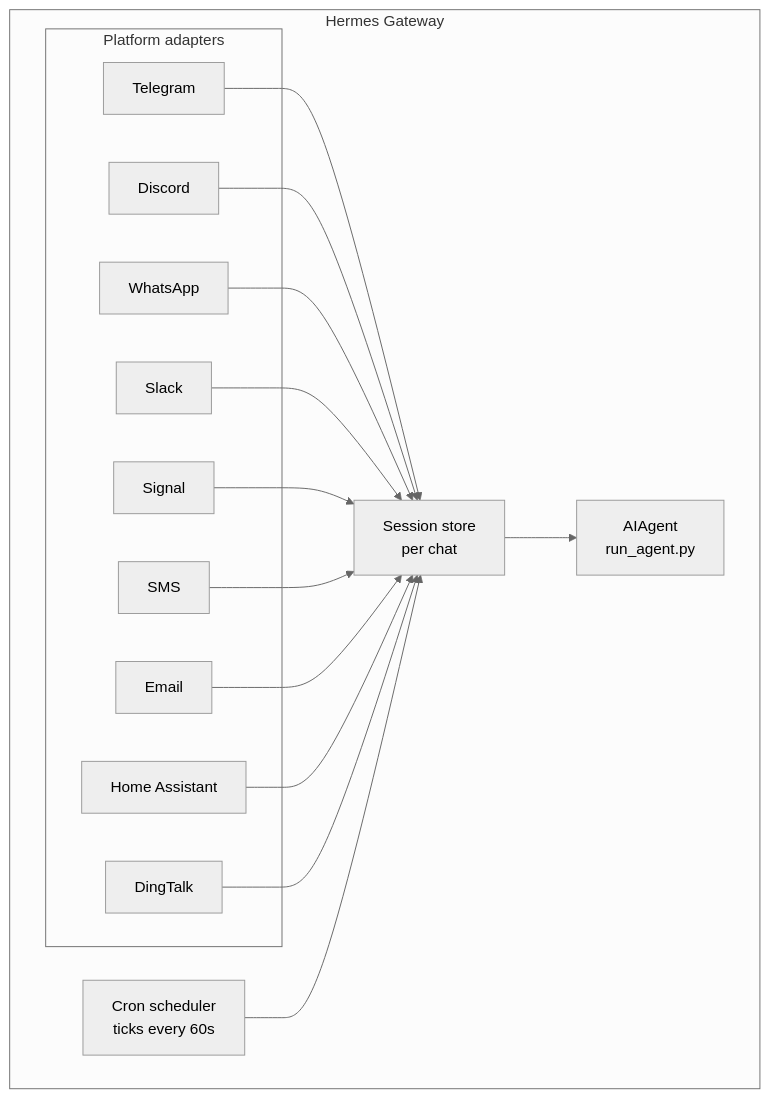
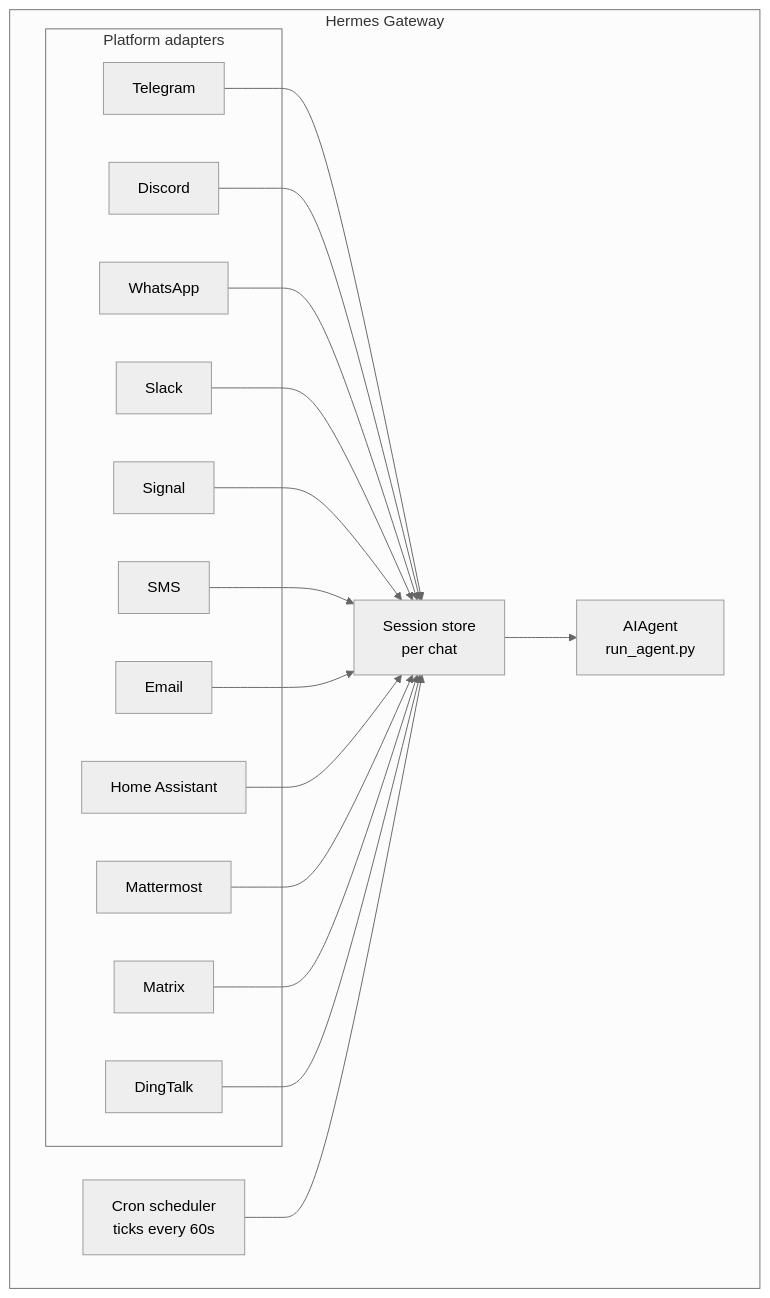
The diagram in website/docs/user-guide/messaging/index.md (NousResearch/hermes-agent), drawn with Mermaid (neutral theme) before and after one commit. The commit also changed other lines of this file and 8 other files, not shown here.

````diff
--- a/website/docs/user-guide/messaging/index.md
+++ b/website/docs/user-guide/messaging/index.md
@@ -15,32 +15,36 @@
 ```mermaid
 flowchart TB
     subgraph Gateway["Hermes Gateway"]
         subgraph Adapters["Platform adapters"]
             tg[Telegram]
             dc[Discord]
             wa[WhatsApp]
             sl[Slack]
             sig[Signal]
             sms[SMS]
             em[Email]
             ha[Home Assistant]
+            mm[Mattermost]
+            mx[Matrix]
             dt[DingTalk]
         end
 
         store["Session store<br/>per chat"]
         agent["AIAgent<br/>run_agent.py"]
         cron["Cron scheduler<br/>ticks every 60s"]
     end
 
     tg --> store
     dc --> store
     wa --> store
     sl --> store
     sig --> store
     sms --> store
     em --> store
     ha --> store
+    mm --> store
+    mx --> store
     dt --> store
     store --> agent
     cron --> store
 ```
````
